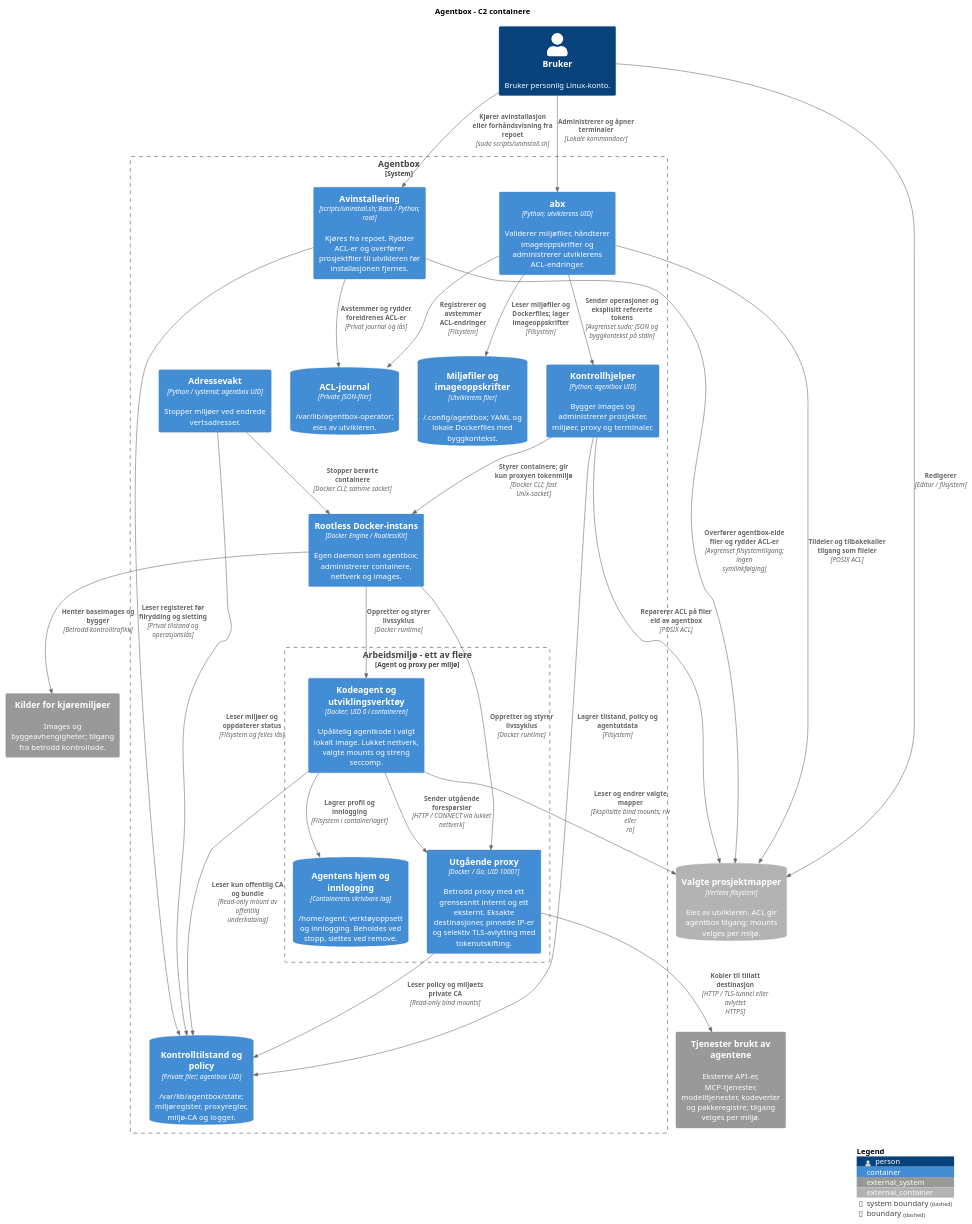
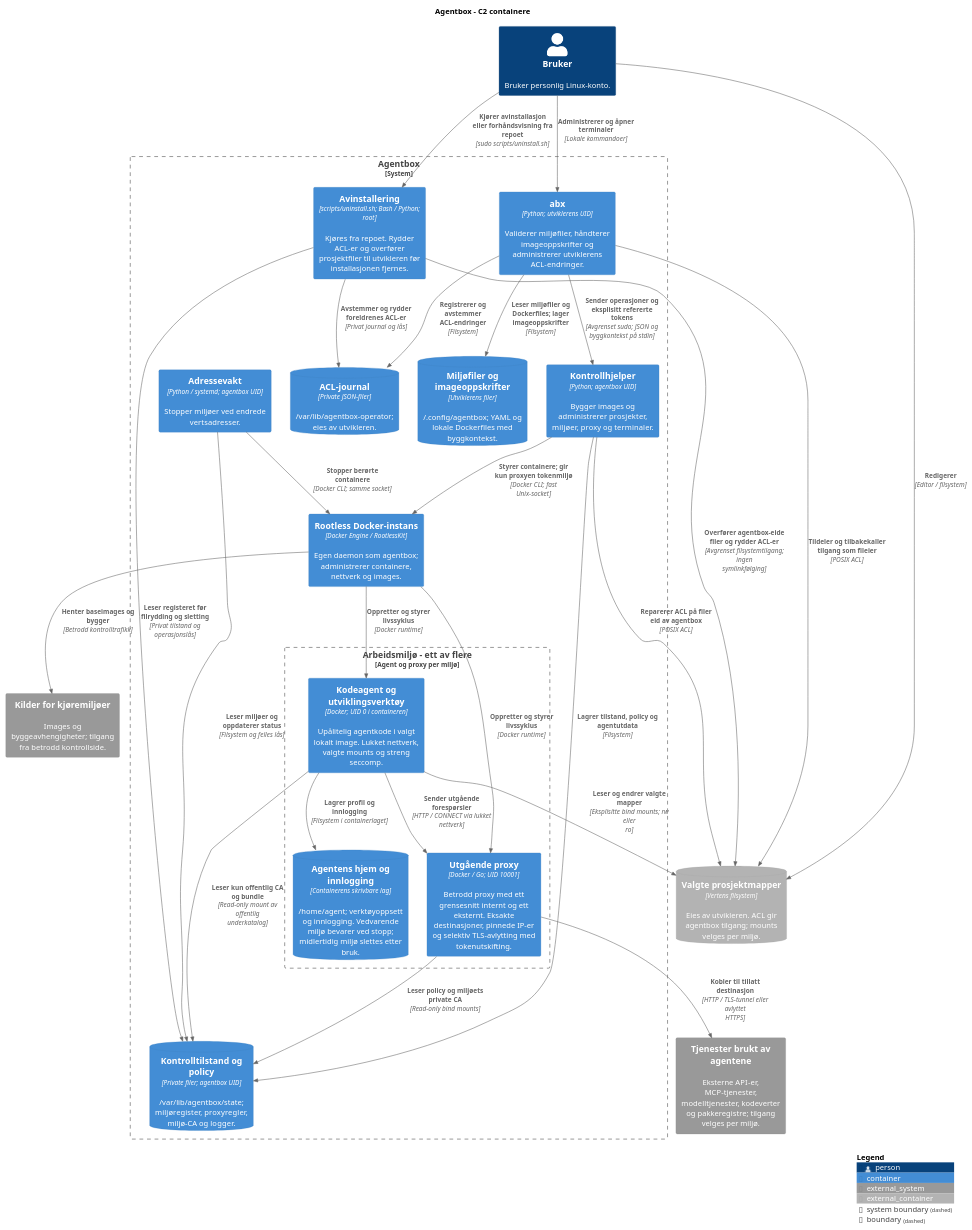
Before and after one commit to oisteink/agentbox: the second of 3 diagrams in docs/architecture-c4.md, drawn with PlantUML. The commit also changed other lines of this file and 35 other files, not shown here.

````diff
--- a/docs/architecture-c4.md
+++ b/docs/architecture-c4.md
@@ -59,55 +59,55 @@
 ```plantuml
 @startuml agentbox-containers
 !include <C4/C4_Container>
 LAYOUT_TOP_DOWN()
 title Agentbox - C2 containere
 
 Person(developer, "Bruker", "Bruker personlig Linux-konto.")
 ContainerDb_Ext(projects, "Valgte prosjektmapper", "Vertens filsystem", "Eies av utvikleren. ACL gir agentbox tilgang; mounts velges per miljø.")
 System_Ext(services, "Tjenester brukt av agentene", "Eksterne API-er, MCP-tjenester, modelltjenester, kodeverter og pakkeregistre; tilgang velges per miljø.")
 System_Ext(registry, "Kilder for kjøremiljøer", "Images og byggeavhengigheter; tilgang fra betrodd kontrollside.")
 
 System_Boundary(agentbox, "Agentbox") {
     Container(cli, "abx", "Python; utviklerens UID", "Validerer miljøfiler, håndterer imageoppskrifter og administrerer utviklerens ACL-endringer.")
     ContainerDb(recipes, "Miljøfiler og imageoppskrifter", "Utviklerens filer", "~/.config/agentbox; YAML og lokale Dockerfiles med byggkontekst.")
     ContainerDb(journal, "ACL-journal", "Private JSON-filer", "/var/lib/agentbox-operator; eies av utvikleren.")
     Container(control, "Kontrollhjelper", "Python; agentbox UID", "Bygger images og administrerer prosjekter, miljøer, proxy og terminaler.")
     Container(uninstall, "Avinstallering", "scripts/uninstall.sh; Bash / Python; root", "Kjøres fra repoet. Rydder ACL-er og overfører prosjektfiler til utvikleren før installasjonen fjernes. ")
     Container(watch, "Adressevakt", "Python / systemd; agentbox UID", "Stopper miljøer ved endrede vertsadresser.")
     ContainerDb(state, "Kontrolltilstand og policy", "Private filer; agentbox UID", "/var/lib/agentbox/state; miljøregister, proxyregler, miljø-CA og logger.")
     Container(docker, "Rootless Docker-instans", "Docker Engine / RootlessKit", "Egen daemon som agentbox; administrerer containere, nettverk og images.")
 
     Boundary(environment, "Arbeidsmiljø - ett av flere", "Agent og proxy per miljø") {
         Container(agent, "Kodeagent og utviklingsverktøy", "Docker; UID 0 i containeren", "Upålitelig agentkode i valgt lokalt image. Lukket nettverk, valgte mounts og streng seccomp.")
         Container(proxy, "Utgående proxy", "Docker / Go; UID 10001", "Betrodd proxy med ett grensesnitt internt og ett eksternt. Eksakte destinasjoner, pinnede IP-er og selektiv TLS-avlytting med tokenutskifting.")
-        ContainerDb(home, "Agentens hjem og innlogging", "Containerens skrivbare lag", "/home/agent; verktøyoppsett og innlogging. Beholdes ved stopp, slettes ved remove.")
+        ContainerDb(home, "Agentens hjem og innlogging", "Containerens skrivbare lag", "/home/agent; verktøyoppsett og innlogging. Vedvarende miljø bevarer ved stopp; midlertidig miljø slettes etter bruk.")
     }
 }
 
 Rel(developer, cli, "Administrerer og åpner terminaler", "Lokale kommandoer")
 Rel(developer, projects, "Redigerer", "Editor / filsystem")
 Rel(cli, recipes, "Leser miljøfiler og Dockerfiles; lager imageoppskrifter", "Filsystem")
 Rel(cli, journal, "Registrerer og avstemmer ACL-endringer", "Filsystem")
 Rel(cli, projects, "Tildeler og tilbakekaller tilgang som fileier", "POSIX ACL")
 Rel(cli, control, "Sender operasjoner og eksplisitt refererte tokens", "Avgrenset sudo; JSON og byggkontekst på stdin")
 Rel(developer, uninstall, "Kjører avinstallasjon eller forhåndsvisning fra repoet", "sudo scripts/uninstall.sh")
 Rel(uninstall, projects, "Overfører agentbox-eide filer og rydder ACL-er", "Avgrenset filsystemtilgang; ingen symlinkfølging")
 Rel(uninstall, state, "Leser registeret før filrydding og sletting", "Privat tilstand og operasjonslås")
 Rel(uninstall, journal, "Avstemmer og rydder foreldrenes ACL-er", "Privat journal og lås")
 Rel(control, projects, "Reparerer ACL på filer eid av agentbox", "POSIX ACL")
 Rel(control, state, "Lagrer tilstand, policy og agentutdata", "Filsystem")
 Rel(watch, state, "Leser miljøer og oppdaterer status", "Filsystem og felles lås")
 Rel(control, docker, "Styrer containere; gir kun proxyen tokenmiljø", "Docker CLI; fast Unix-socket")
 Rel(watch, docker, "Stopper berørte containere", "Docker CLI; samme socket")
 Rel(docker, agent, "Oppretter og styrer livssyklus", "Docker runtime")
 Rel(docker, proxy, "Oppretter og styrer livssyklus", "Docker runtime")
 Rel(docker, registry, "Henter baseimages og bygger", "Betrodd kontrolltrafikk")
 Rel(agent, projects, "Leser og endrer valgte mapper", "Eksplisitte bind mounts; rw eller ro")
 Rel(agent, home, "Lagrer profil og innlogging", "Filsystem i containerlaget")
 Rel(agent, proxy, "Sender utgående forespørsler", "HTTP / CONNECT via lukket nettverk")
 Rel(proxy, state, "Leser policy og miljøets private CA", "Read-only bind mounts")
 Rel(agent, state, "Leser kun offentlig CA og bundle", "Read-only mount av offentlig underkatalog")
 Rel(proxy, services, "Kobler til tillatt destinasjon", "HTTP / TLS-tunnel eller avlyttet HTTPS")
 SHOW_LEGEND()
 @enduml
 ```
````
